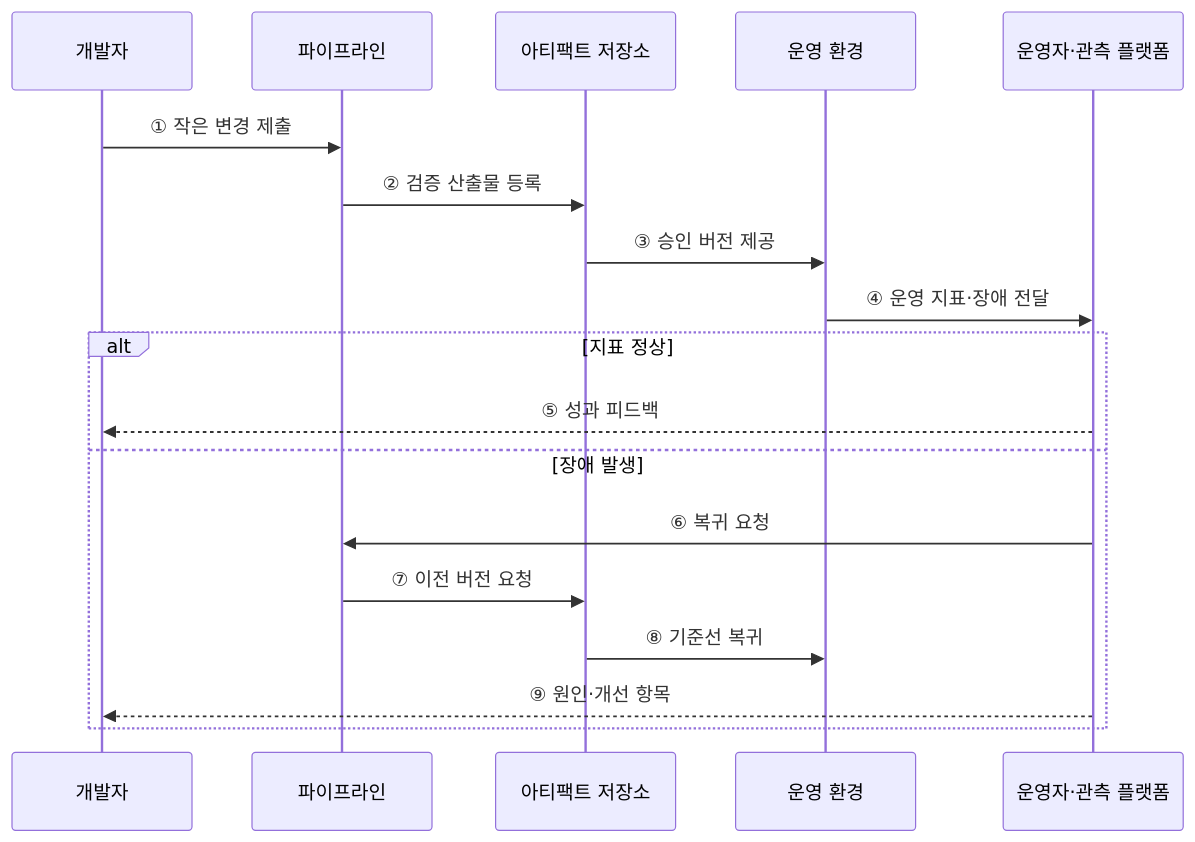
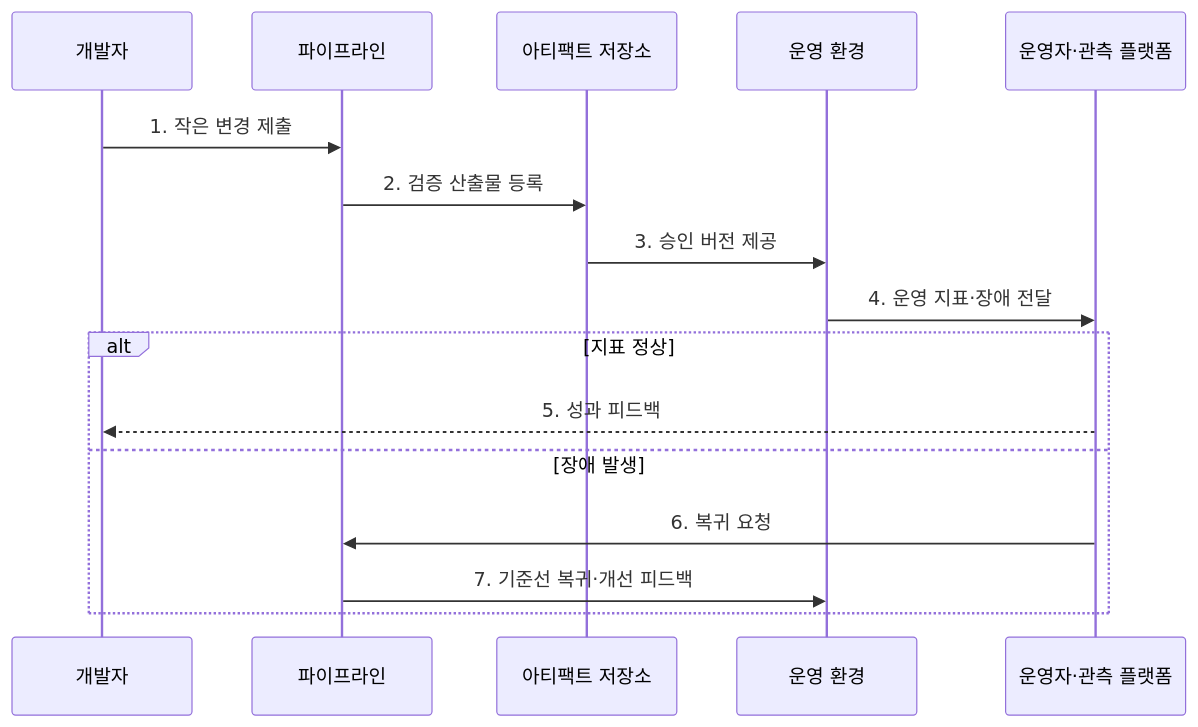
One commit to agnusdei1207/knowledge-base changed the second of 2 diagrams in src/content/docs/notes/03-software/056_devops_pipeline.md. Above: the diagram before and after it, drawn with Mermaid. The commit also changed other lines of this file and 20 other files, not shown here.

````diff
--- a/src/content/docs/notes/03-software/056_devops_pipeline.md
+++ b/src/content/docs/notes/03-software/056_devops_pipeline.md
@@ -71,20 +81,18 @@
 ```mermaid
 sequenceDiagram
     participant D as 개발자
     participant P as 파이프라인
     participant A as 아티팩트 저장소
     participant E as 운영 환경
     participant O as 운영자·관측 플랫폼
-    D->>P: ① 작은 변경 제출
-    P->>A: ② 검증 산출물 등록
-    A->>E: ③ 승인 버전 제공
-    E->>O: ④ 운영 지표·장애 전달
+    D->>P: 1. 작은 변경 제출
+    P->>A: 2. 검증 산출물 등록
+    A->>E: 3. 승인 버전 제공
+    E->>O: 4. 운영 지표·장애 전달
     alt 지표 정상
-        O-->>D: ⑤ 성과 피드백
+        O-->>D: 5. 성과 피드백
     else 장애 발생
-        O->>P: ⑥ 복귀 요청
-        P->>A: ⑦ 이전 버전 요청
-        A->>E: ⑧ 기준선 복귀
-        O-->>D: ⑨ 원인·개선 항목
+        O->>P: 6. 복귀 요청
+        P->>E: 7. 기준선 복귀·개선 피드백
     end
 ```
````
